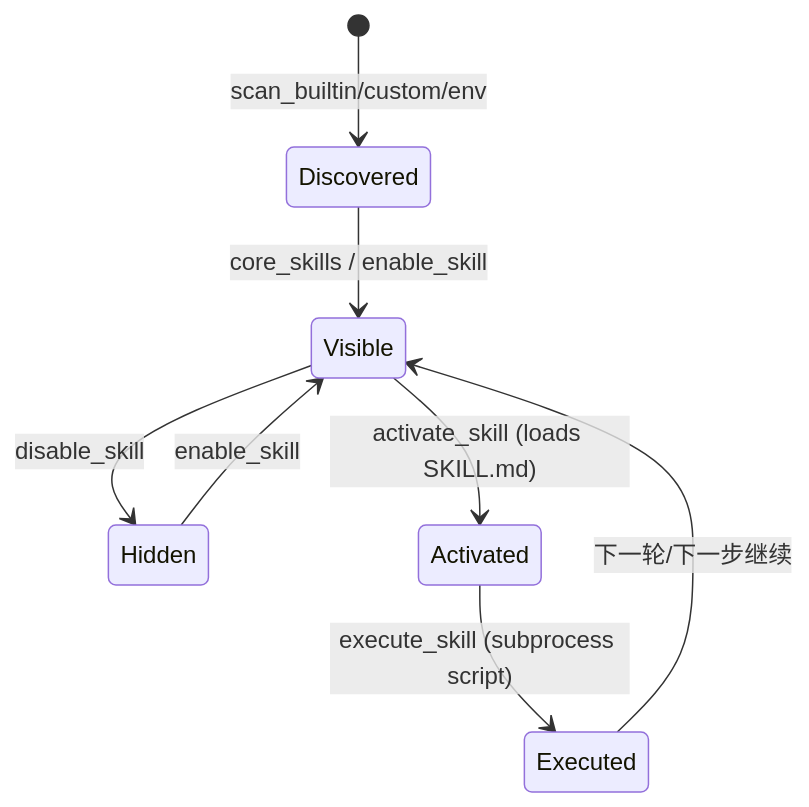
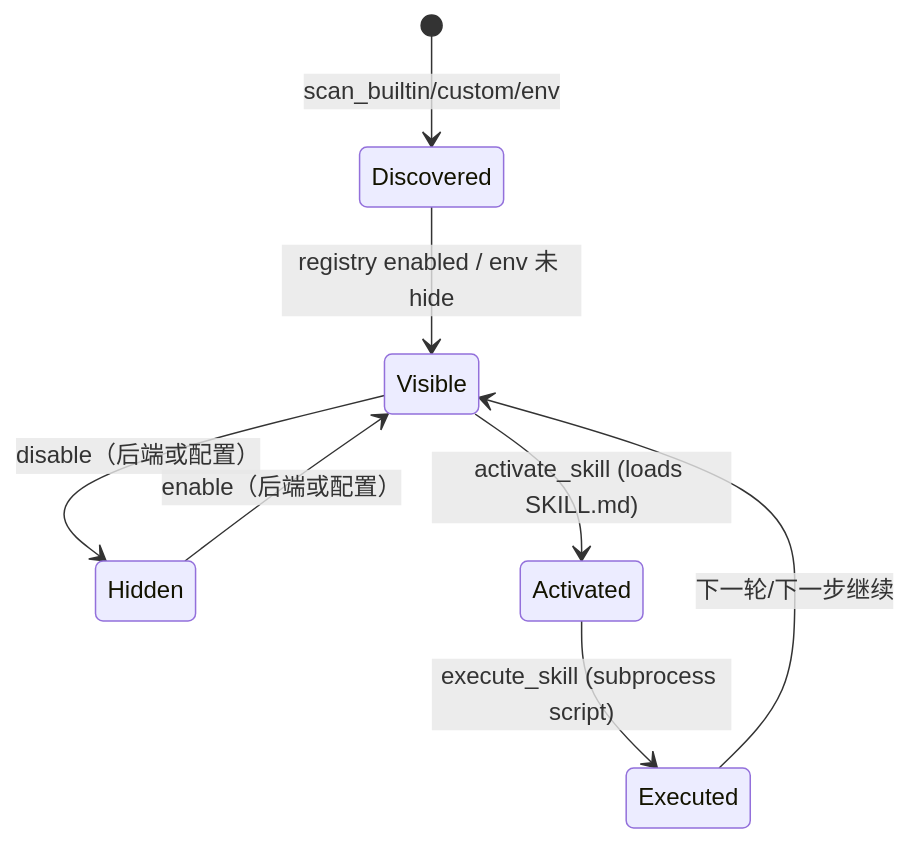
The fifth of 5 diagrams in docs/development/agent_skills_workflow.md (jadraketx/AgentSociety), drawn with Mermaid before and after one commit. The commit also changed other lines of this file and 29 other files, not shown here.

````diff
--- a/docs/development/agent_skills_workflow.md
+++ b/docs/development/agent_skills_workflow.md
@@ -296,10 +292,10 @@
 ```mermaid
 stateDiagram-v2
     [*] --> Discovered: scan_builtin/custom/env
-    Discovered --> Visible: core_skills / enable_skill
-    Visible --> Hidden: disable_skill
-    Hidden --> Visible: enable_skill
+    Discovered --> Visible: registry enabled / env 未 hide
+    Visible --> Hidden: disable（后端或配置）
+    Hidden --> Visible: enable（后端或配置）
     Visible --> Activated: activate_skill (loads SKILL.md)
     Activated --> Executed: execute_skill (subprocess script)
     Executed --> Visible: 下一轮/下一步继续
 ```
````
